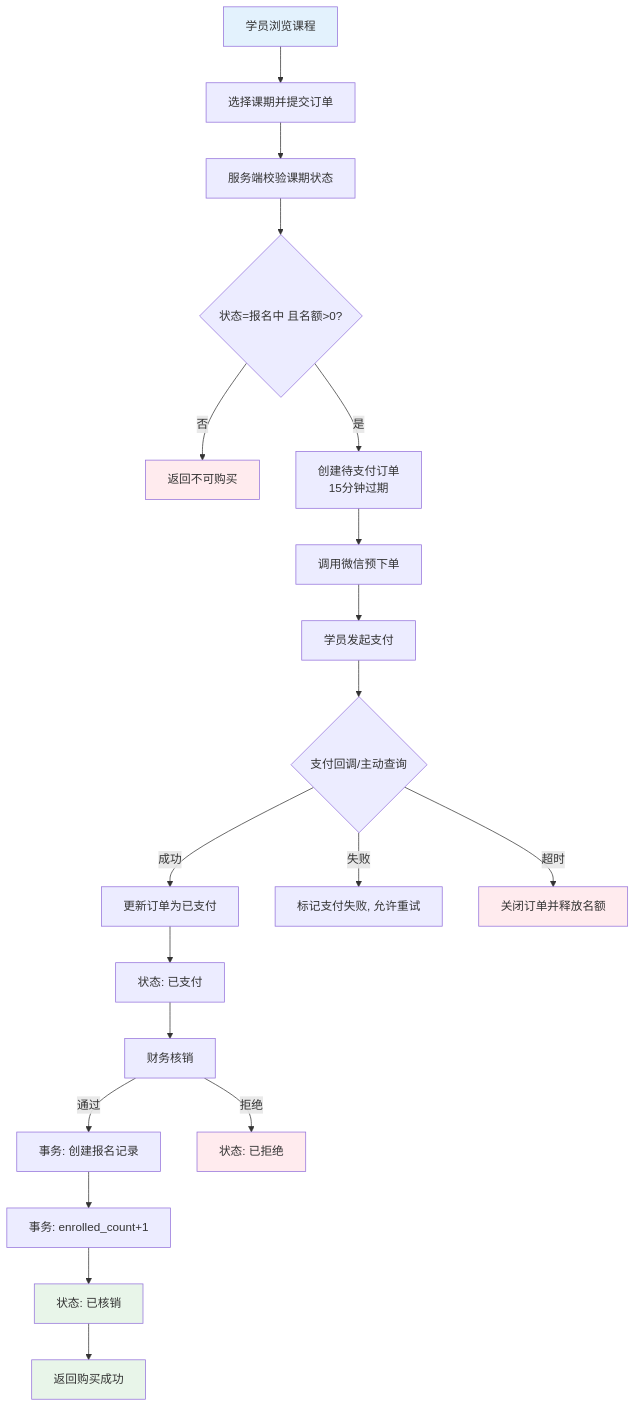
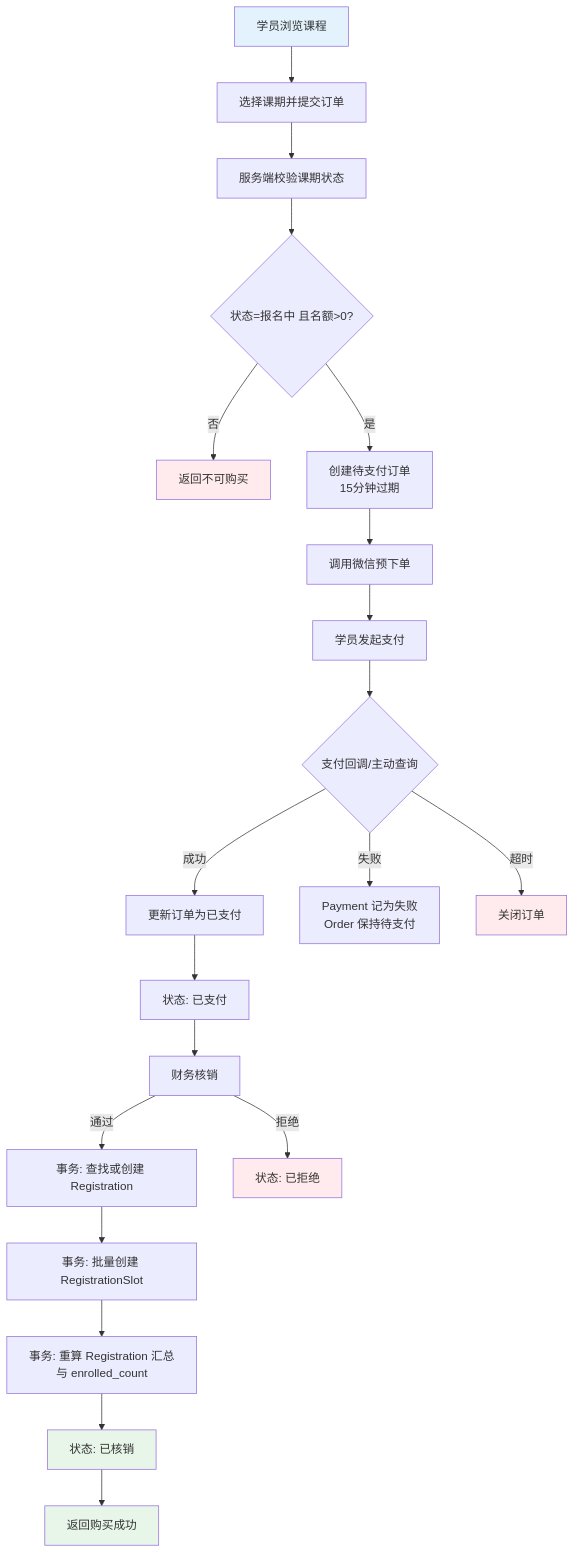
The fourth of 9 diagrams in 课程培训平台/PRD.md (zingxy/side-job), drawn with Mermaid before and after one commit. The commit also changed other lines of this file, not shown here.

````diff
--- a/课程培训平台/PRD.md
+++ b/课程培训平台/PRD.md
@@ -554,28 +596,29 @@
 ```mermaid
 flowchart TD
     A[学员浏览课程] --> B[选择课期并提交订单]
     B --> C[服务端校验课期状态]
     C --> D{状态=报名中 且名额>0?}
     D -->|否| E[返回不可购买]
     D -->|是| F[创建待支付订单<br/>15分钟过期]
     F --> G[调用微信预下单]
     G --> H[学员发起支付]
     H --> I{支付回调/主动查询}
     I -->|成功| J[更新订单为已支付]
     J --> K[状态: 已支付]
     K --> L[财务核销]
-    L -->|通过| M[事务: 创建报名记录]
-    M --> N[事务: enrolled_count+1]
-    N --> O[状态: 已核销]
-    I -->|失败| P[标记支付失败, 允许重试]
-    I -->|超时| Q[关闭订单并释放名额]
-    L -->|拒绝| R[状态: 已拒绝]
-    O --> S[返回购买成功]
+    L -->|通过| M[事务: 查找或创建 Registration]
+    M --> N[事务: 批量创建 RegistrationSlot]
+    N --> O[事务: 重算 Registration 汇总与 enrolled_count]
+    O --> P[状态: 已核销]
+    I -->|失败| Q[Payment 记为失败<br/>Order 保持待支付]
+    I -->|超时| R[关闭订单]
+    L -->|拒绝| S[状态: 已拒绝]
+    P --> T[返回购买成功]
 
     style A fill:#e3f2fd
-    style O fill:#e8f5e9
-    style S fill:#e8f5e9
+    style P fill:#e8f5e9
+    style T fill:#e8f5e9
     style E fill:#ffebee
-    style Q fill:#ffebee
     style R fill:#ffebee
+    style S fill:#ffebee
 ```
````
